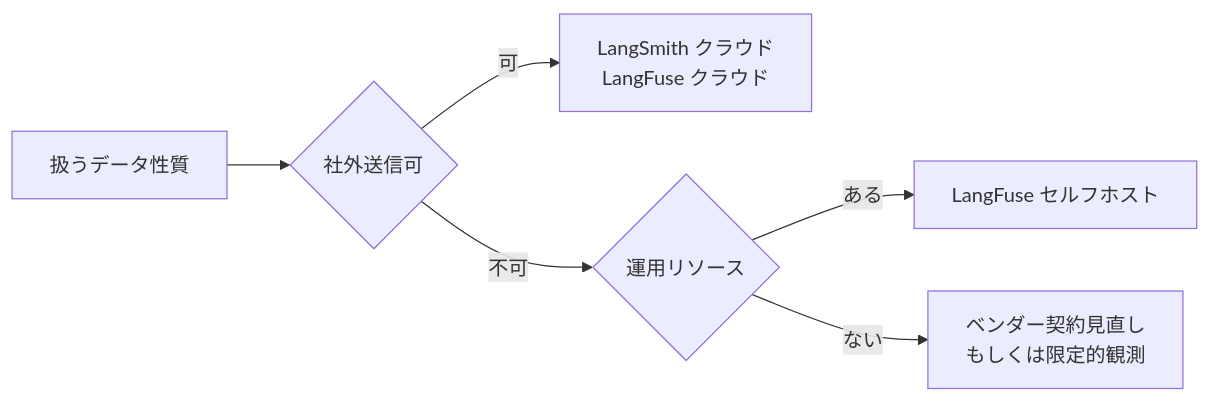
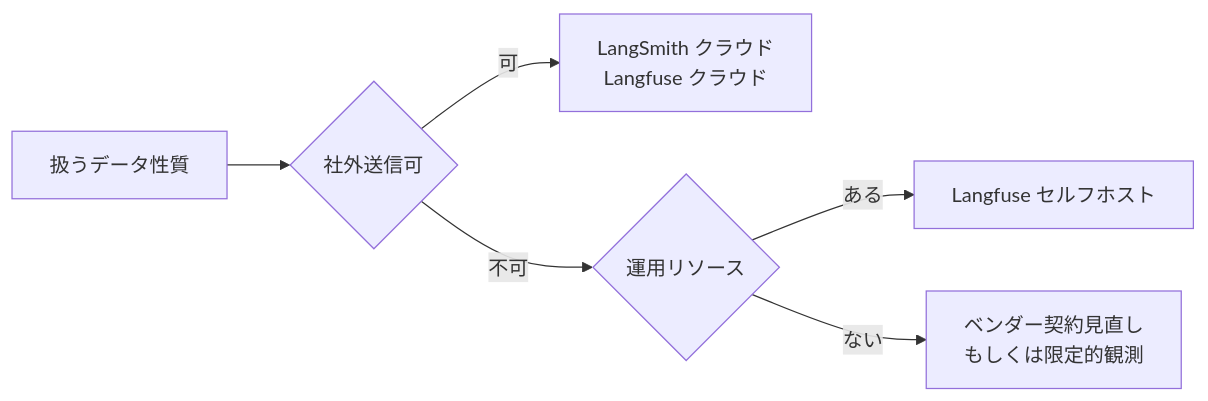
Before and after one commit to RikiFukushima/textbook-gen: the diagram in textbooks/ai-agent-roadmap/curriculums/integration/chapters/02/sections/03-langfuse-comparison.md, drawn with Mermaid. The commit also changed other lines of this file and 299 other files, not shown here.

````diff
--- a/textbooks/ai-agent-roadmap/curriculums/integration/chapters/02/sections/03-langfuse-comparison.md
+++ b/textbooks/ai-agent-roadmap/curriculums/integration/chapters/02/sections/03-langfuse-comparison.md
@@ -46,8 +46,8 @@
 ```mermaid
 graph LR
     A[扱うデータ性質] --> B{社外送信可}
-    B -- 可 --> C[LangSmith クラウド<br/>LangFuse クラウド]
+    B -- 可 --> C[LangSmith クラウド<br/>Langfuse クラウド]
     B -- 不可 --> D{運用リソース}
-    D -- ある --> E[LangFuse セルフホスト]
+    D -- ある --> E[Langfuse セルフホスト]
     D -- ない --> F[ベンダー契約見直し<br/>もしくは限定的観測]
 ```
````
